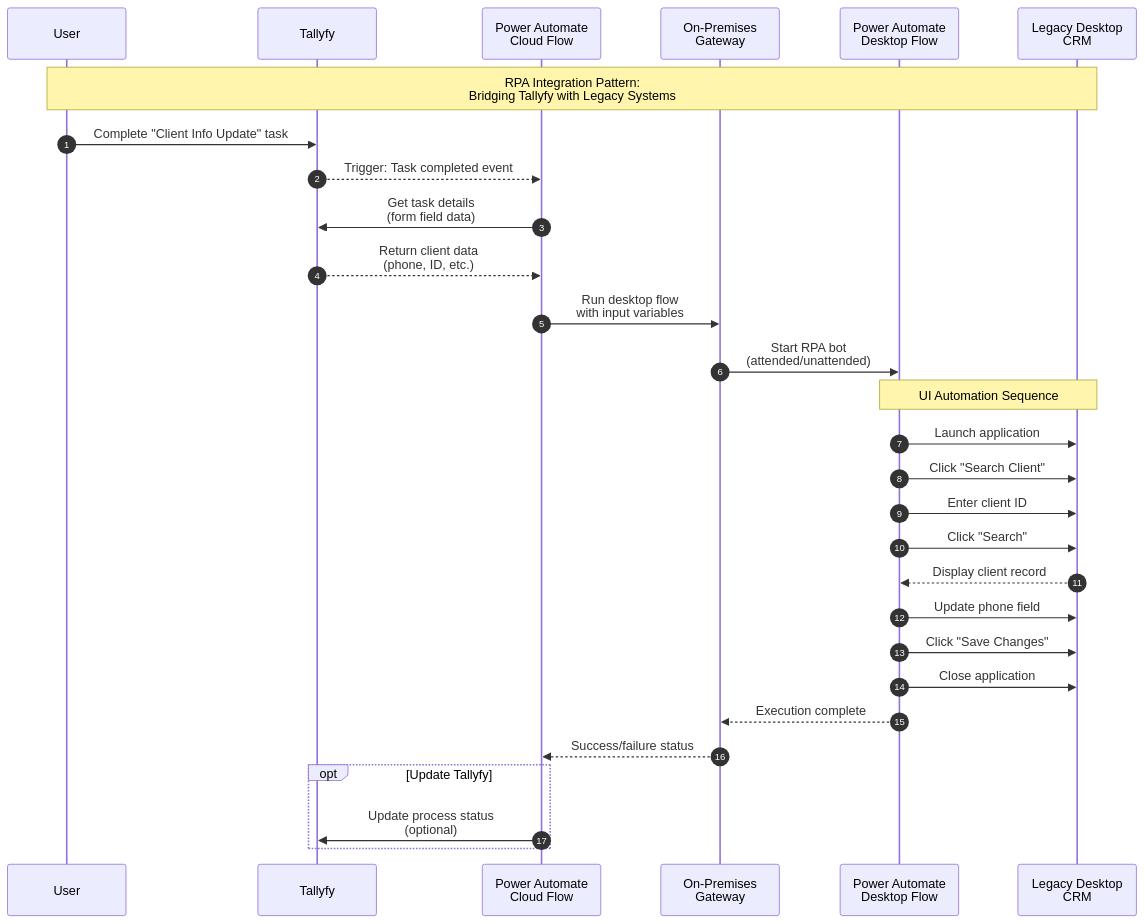
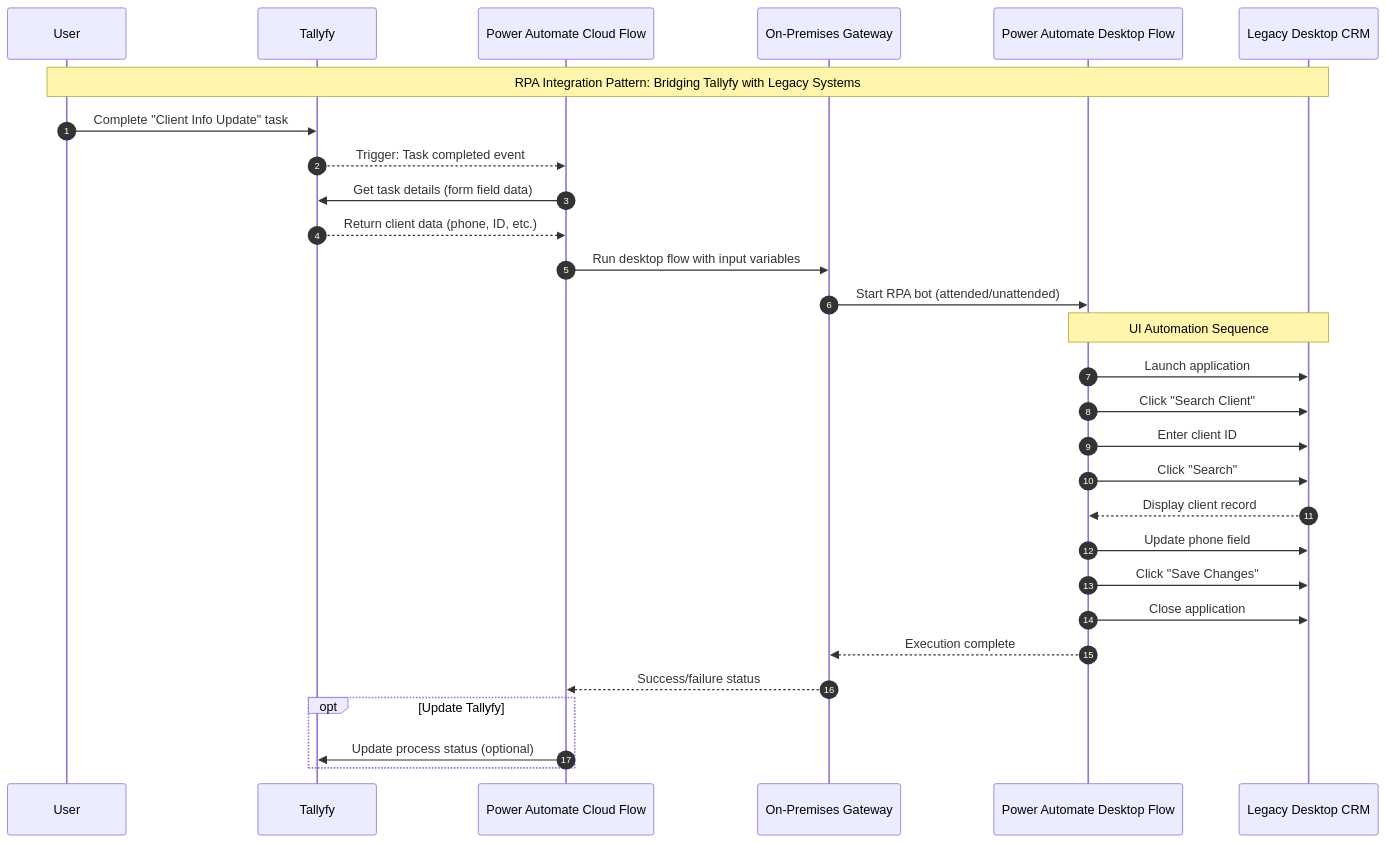
The diagram in src/content/docs/pro/integrations/middleware/power-automate/introduction-to-rpa-with-power-automate.mdx (tallyfy/documentation), drawn with Mermaid before and after one commit. The commit also changed 46 other files, not shown here.

Commit message:
Update Mermaid notation

````diff
--- a/src/content/docs/pro/integrations/middleware/power-automate/introduction-to-rpa-with-power-automate.mdx
+++ b/src/content/docs/pro/integrations/middleware/power-automate/introduction-to-rpa-with-power-automate.mdx
@@ -66,38 +66,38 @@
 ```mermaid
 sequenceDiagram
-    autonumber
-    participant User
-    participant Tallyfy
-    participant CloudFlow as Power Automate<br/>Cloud Flow
-    participant Gateway as On-Premises<br/>Gateway
-    participant DesktopFlow as Power Automate<br/>Desktop Flow
-    participant LegacyCRM as Legacy Desktop<br/>CRM
+ autonumber
+ participant User
+ participant Tallyfy
+ participant CloudFlow as Power Automate Cloud Flow
+ participant Gateway as On-Premises Gateway
+ participant DesktopFlow as Power Automate Desktop Flow
+ participant LegacyCRM as Legacy Desktop CRM
 
-    Note over User,LegacyCRM: RPA Integration Pattern:<br/>Bridging Tallyfy with Legacy Systems
-    
-    User->>Tallyfy: Complete "Client Info Update" task
-    Tallyfy-->>CloudFlow: Trigger: Task completed event
-    
-    CloudFlow->>Tallyfy: Get task details<br/>(form field data)
-    Tallyfy-->>CloudFlow: Return client data<br/>(phone, ID, etc.)
-    
-    CloudFlow->>Gateway: Run desktop flow<br/>with input variables
-    Gateway->>DesktopFlow: Start RPA bot<br/>(attended/unattended)
-    
-    Note over DesktopFlow,LegacyCRM: UI Automation Sequence
-    DesktopFlow->>LegacyCRM: Launch application
-    DesktopFlow->>LegacyCRM: Click "Search Client"
-    DesktopFlow->>LegacyCRM: Enter client ID
-    DesktopFlow->>LegacyCRM: Click "Search"
-    LegacyCRM-->>DesktopFlow: Display client record
-    DesktopFlow->>LegacyCRM: Update phone field
-    DesktopFlow->>LegacyCRM: Click "Save Changes"
-    DesktopFlow->>LegacyCRM: Close application
-    
-    DesktopFlow-->>Gateway: Execution complete
-    Gateway-->>CloudFlow: Success/failure status
-    
-    opt Update Tallyfy
-        CloudFlow->>Tallyfy: Update process status<br/>(optional)
-    end
+ Note over User,LegacyCRM: RPA Integration Pattern: Bridging Tallyfy with Legacy Systems
+ 
+ User->>Tallyfy: Complete "Client Info Update" task
+ Tallyfy-->>CloudFlow: Trigger: Task completed event
+ 
+ CloudFlow->>Tallyfy: Get task details (form field data)
+ Tallyfy-->>CloudFlow: Return client data (phone, ID, etc.)
+ 
+ CloudFlow->>Gateway: Run desktop flow with input variables
+ Gateway->>DesktopFlow: Start RPA bot (attended/unattended)
+ 
+ Note over DesktopFlow,LegacyCRM: UI Automation Sequence
+ DesktopFlow->>LegacyCRM: Launch application
+ DesktopFlow->>LegacyCRM: Click "Search Client"
+ DesktopFlow->>LegacyCRM: Enter client ID
+ DesktopFlow->>LegacyCRM: Click "Search"
+ LegacyCRM-->>DesktopFlow: Display client record
+ DesktopFlow->>LegacyCRM: Update phone field
+ DesktopFlow->>LegacyCRM: Click "Save Changes"
+ DesktopFlow->>LegacyCRM: Close application
+ 
+ DesktopFlow-->>Gateway: Execution complete
+ Gateway-->>CloudFlow: Success/failure status
+ 
+ opt Update Tallyfy
+ CloudFlow->>Tallyfy: Update process status (optional)
+ end
 ```
````
